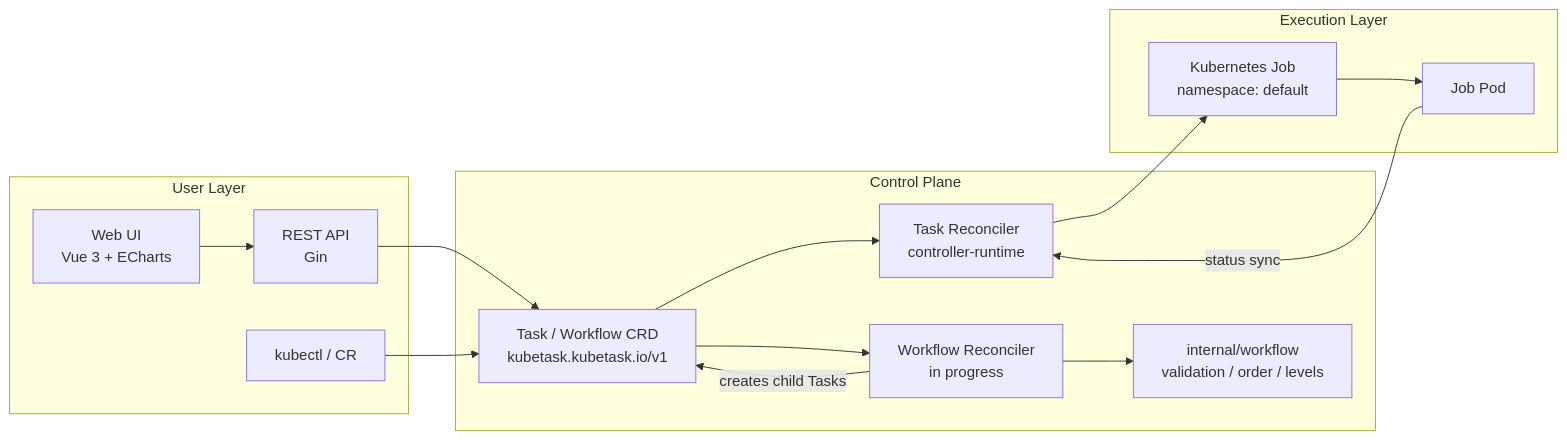
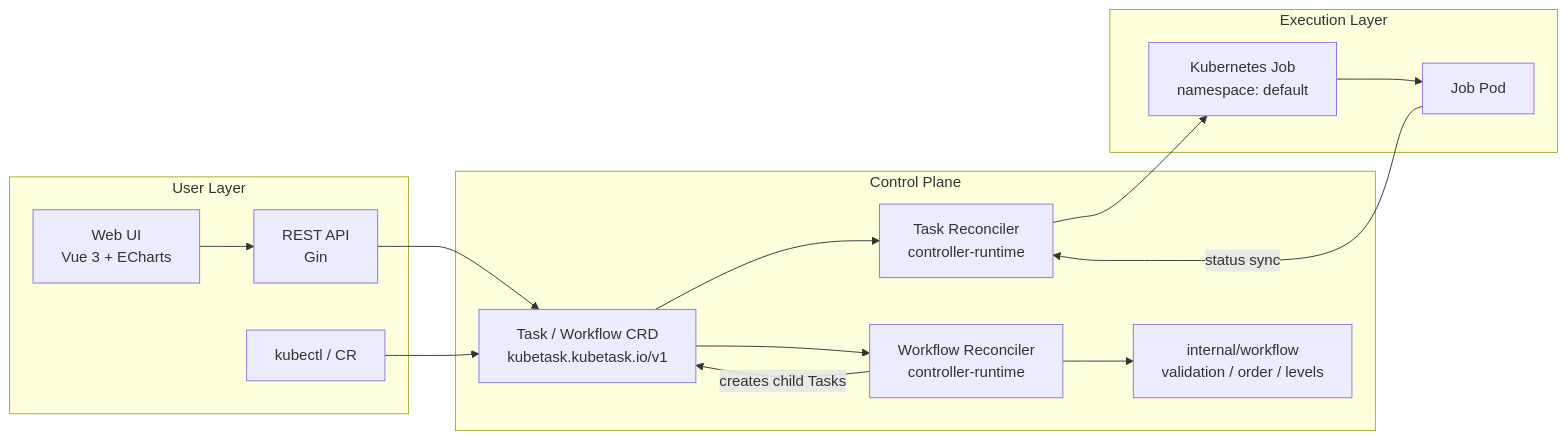
Before and after one commit to CHYUQI/KubeTask: the diagram in README_EN.md, drawn with Mermaid. The commit also changed other lines of this file and 2 other files, not shown here.

First line of the commit message:
docs: mark workflow controller as done and record review findings

````diff
--- a/README_EN.md
+++ b/README_EN.md
@@ -46,31 +46,31 @@
 ```mermaid
 flowchart LR
     subgraph User Layer
         UI[Web UI<br/>Vue 3 + ECharts]
         API[REST API<br/>Gin]
         CLI[kubectl / CR]
     end
 
     subgraph Control Plane
         CRD[Task / Workflow CRD<br/>kubetask.kubetask.io/v1]
         CTRL[Task Reconciler<br/>controller-runtime]
-        WCTRL[Workflow Reconciler<br/>in progress]
+        WCTRL[Workflow Reconciler<br/>controller-runtime]
         DAGPKG[internal/workflow<br/>validation / order / levels]
     end
 
     subgraph Execution Layer
         JOB[Kubernetes Job<br/>namespace: default]
         POD[Job Pod]
     end
 
     UI --> API
     API --> CRD
     CLI --> CRD
     CRD --> CTRL
     CTRL --> JOB
     JOB --> POD
     POD -- status sync --> CTRL
     CRD --> WCTRL
     WCTRL --> DAGPKG
     WCTRL -- creates child Tasks --> CRD
 ```
````
